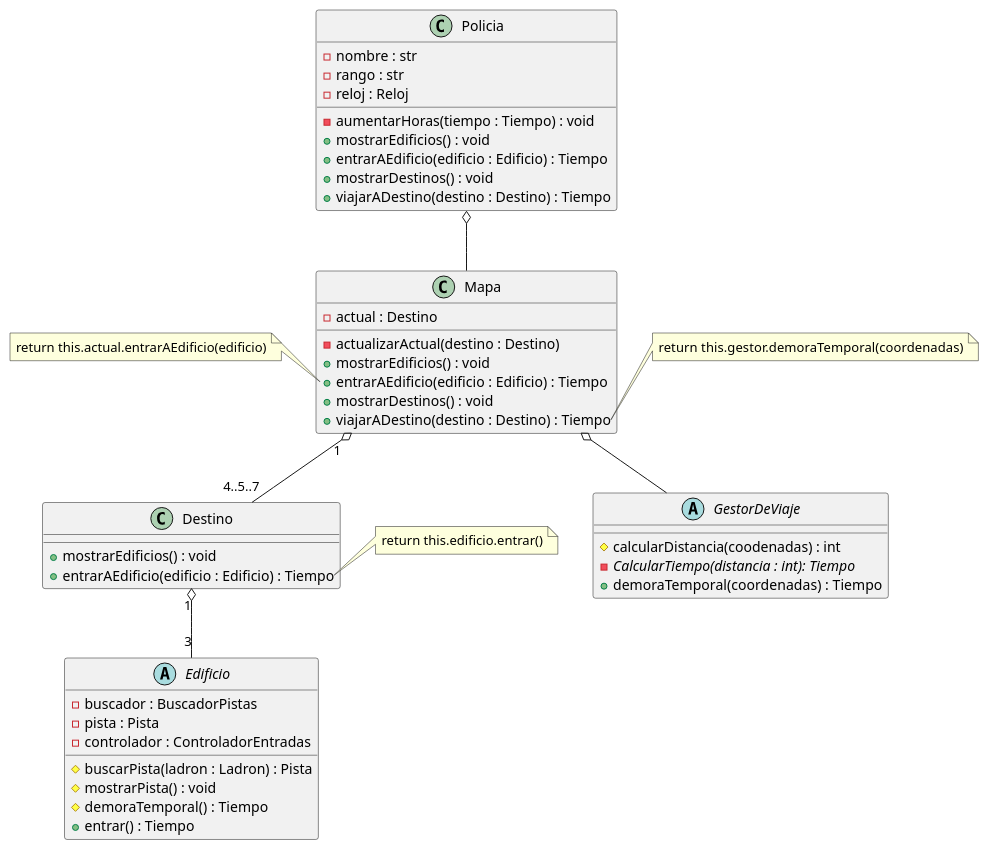
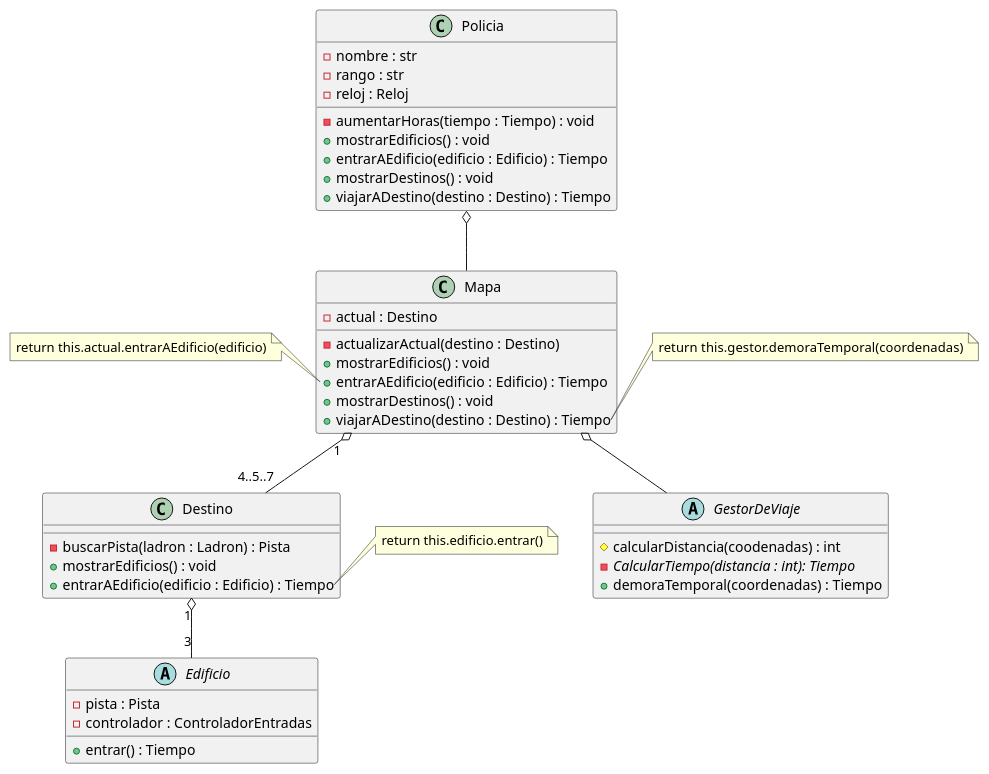
The diagram in diagrams/classes/MapaClases.plantuml (Nicolas-Bravo/algo3_tp2), drawn with PlantUML before and after one commit. The commit also changed 18 other files, not shown here.

```diff
--- a/diagrams/classes/MapaClases.plantuml
+++ b/diagrams/classes/MapaClases.plantuml
@@ -1,63 +1,60 @@
 @startuml
 
 class Policia{
     - nombre : str
     - rango : str
     - reloj : Reloj
     - aumentarHoras(tiempo : Tiempo) : void
     + mostrarEdificios() : void
     + entrarAEdificio(edificio : Edificio) : Tiempo
     + mostrarDestinos() : void
     + viajarADestino(destino : Destino) : Tiempo
 }
 
 class Mapa{
     - actual : Destino
     - actualizarActual(destino : Destino)
     + mostrarEdificios() : void
     + entrarAEdificio(edificio : Edificio) : Tiempo
     + mostrarDestinos() : void
     + viajarADestino(destino : Destino) : Tiempo
 }
 
 class Destino{
+    - buscarPista(ladron : Ladron) : Pista
     + mostrarEdificios() : void
     + entrarAEdificio(edificio : Edificio) : Tiempo
 }
 
 abstract Edificio{
-    - buscador : BuscadorPistas
     - pista : Pista
     - controlador : ControladorEntradas
-    # buscarPista(ladron : Ladron) : Pista
-    # mostrarPista() : void
-    # demoraTemporal() : Tiempo
     + entrar() : Tiempo
 }
 
 abstract GestorDeViaje{
     # calcularDistancia(coodenadas) : int
     - {abstract} CalcularTiempo(distancia : int): Tiempo
     + demoraTemporal(coordenadas) : Tiempo
 }
 
 note right of Mapa::viajarADestino
     return this.gestor.demoraTemporal(coordenadas)
 end note
 
 note left of Mapa::entrarAEdificio
     return this.actual.entrarAEdificio(edificio)
 end note
 
 note right of Destino::entrarAEdificio
     return this.edificio.entrar()
 end note
 
 Policia o-- Mapa
 Mapa "1" o-- "4..5..7" Destino
 Destino "1" o-- "3" Edificio
 
 Mapa o-- GestorDeViaje
 
 
 @enduml
```
